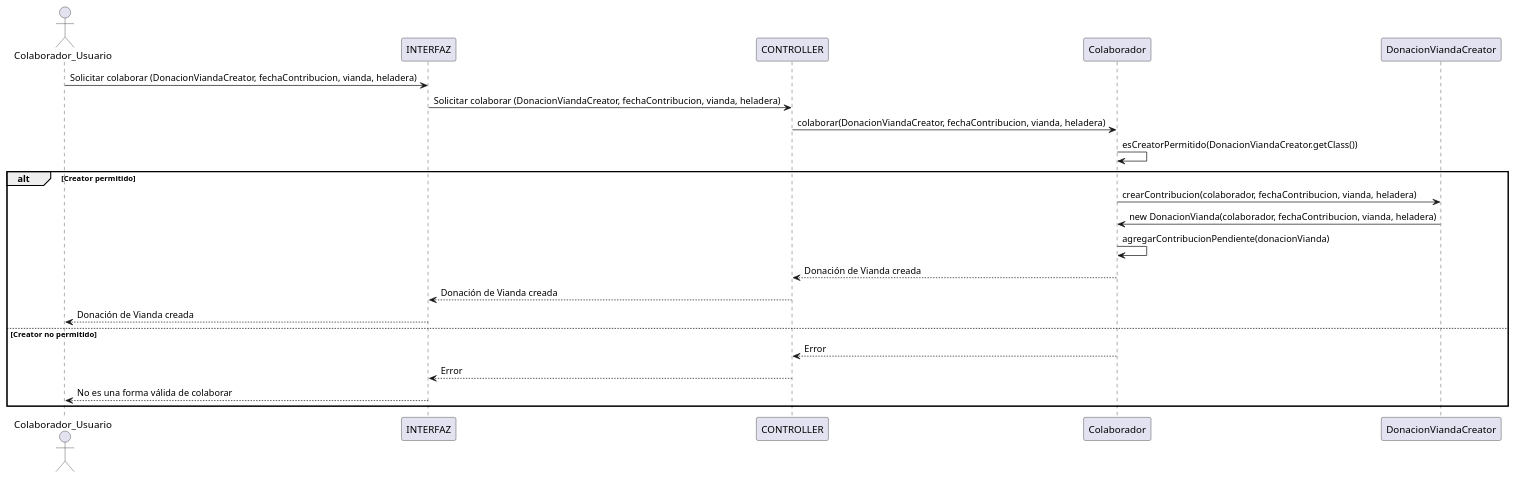
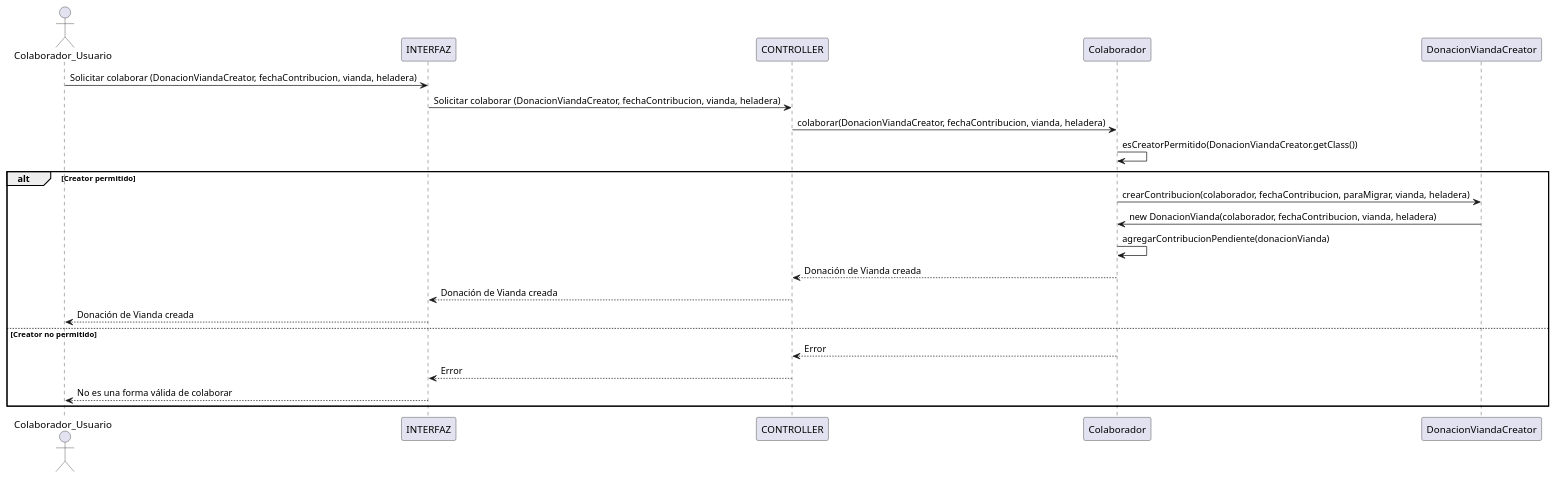
Before and after one commit to luciacosenza/DDS-grupo10: the diagram in proyecto_heladeras_solidarias/docs/plant_uml/diagramas_secuencia/donar_vianda/donar_vianda_colaborar.plantuml, drawn with PlantUML. The commit also changed 31 other files, not shown here.

```diff
--- a/proyecto_heladeras_solidarias/docs/plant_uml/diagramas_secuencia/donar_vianda/donar_vianda_colaborar.plantuml
+++ b/proyecto_heladeras_solidarias/docs/plant_uml/diagramas_secuencia/donar_vianda/donar_vianda_colaborar.plantuml
@@ -1,24 +1,24 @@
 @startuml donar_vianda_colaborar
 actor Colaborador_Usuario as User
 participant INTERFAZ
 participant CONTROLLER
 participant "Colaborador" as Colaborador
 participant "DonacionViandaCreator" as DonacionViandaCreator
 
 User -> INTERFAZ: Solicitar colaborar (DonacionViandaCreator, fechaContribucion, vianda, heladera)
 INTERFAZ -> CONTROLLER: Solicitar colaborar (DonacionViandaCreator, fechaContribucion, vianda, heladera)
 CONTROLLER -> Colaborador: colaborar(DonacionViandaCreator, fechaContribucion, vianda, heladera)
 Colaborador -> Colaborador: esCreatorPermitido(DonacionViandaCreator.getClass())
 alt Creator permitido
-    Colaborador -> DonacionViandaCreator: crearContribucion(colaborador, fechaContribucion, vianda, heladera)
+    Colaborador -> DonacionViandaCreator: crearContribucion(colaborador, fechaContribucion, paraMigrar, vianda, heladera)
     DonacionViandaCreator -> Colaborador: new DonacionVianda(colaborador, fechaContribucion, vianda, heladera)
     Colaborador -> Colaborador: agregarContribucionPendiente(donacionVianda)
     Colaborador --> CONTROLLER: Donación de Vianda creada
     CONTROLLER --> INTERFAZ: Donación de Vianda creada
     INTERFAZ --> User: Donación de Vianda creada
 else Creator no permitido
     Colaborador --> CONTROLLER: Error
     CONTROLLER --> INTERFAZ: Error
     INTERFAZ --> User: No es una forma válida de colaborar
 end
 @enduml
```
